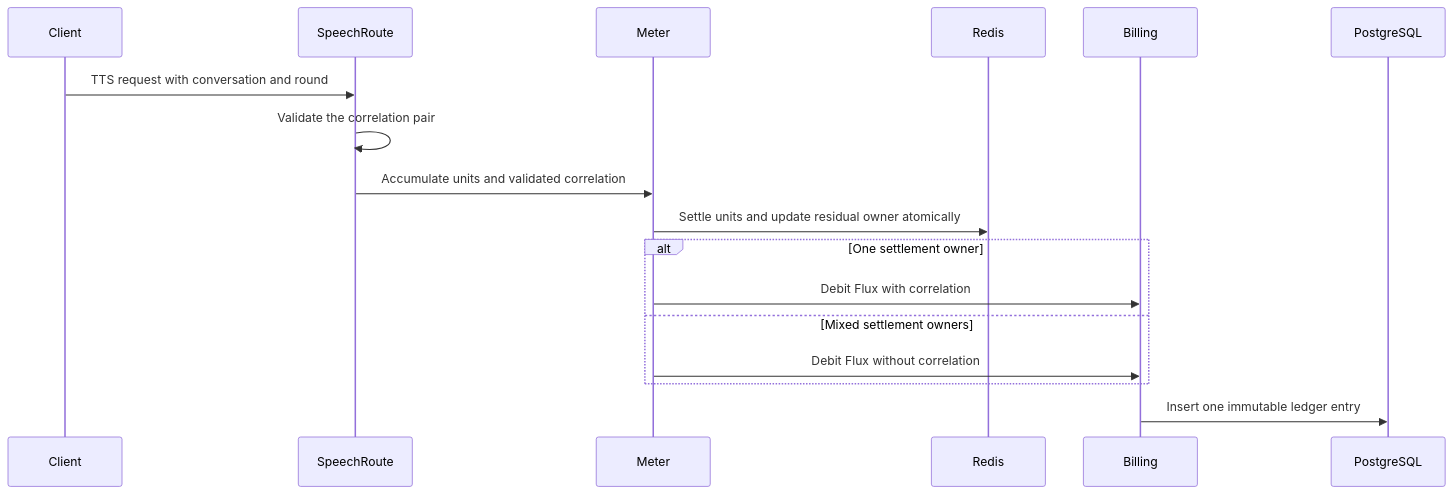
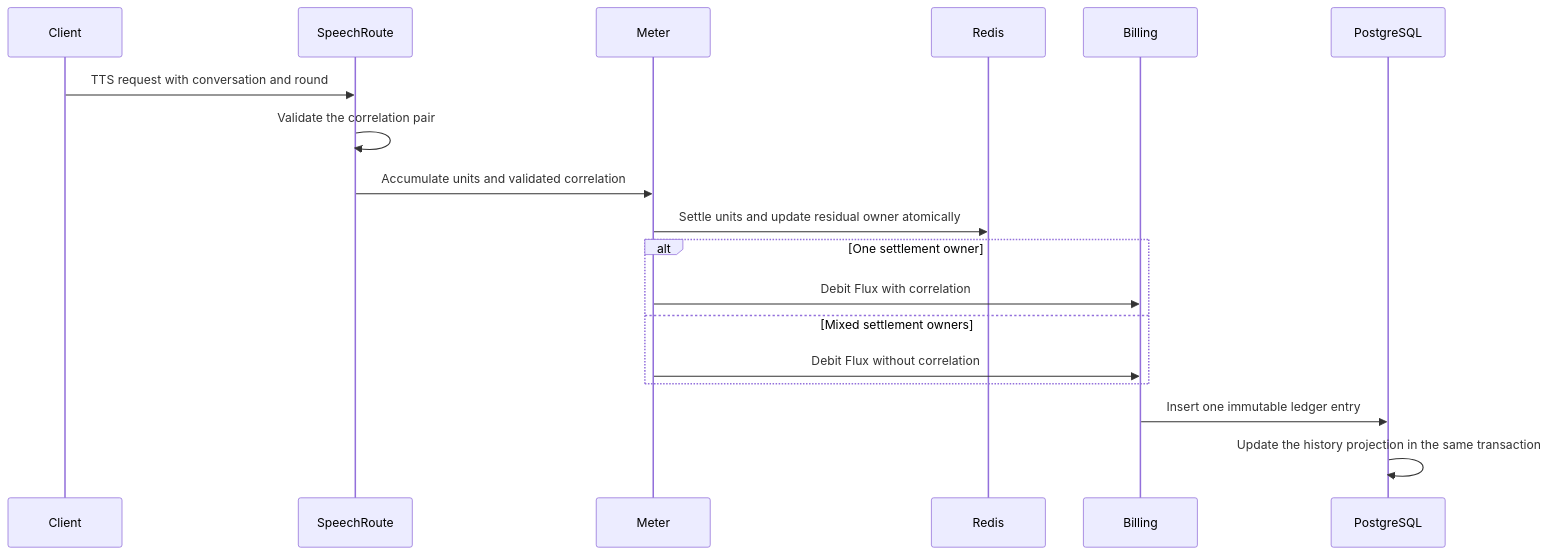
One commit to moeru-ai/airi changed the second of 3 diagrams in server/docs/ai/adr/2026-09-17-tts-flux-history-read-model.md. Above: the diagram before and after it, drawn with Mermaid. The commit also changed other lines of this file and 11 other files, not shown here.

````diff
--- a/server/docs/ai/adr/2026-09-17-tts-flux-history-read-model.md
+++ b/server/docs/ai/adr/2026-09-17-tts-flux-history-read-model.md
@@ -145,19 +165,20 @@
 ```mermaid
 sequenceDiagram
   participant Client
   participant SpeechRoute
   participant Meter
   participant Redis
   participant Billing
   participant PostgreSQL
   Client->>SpeechRoute: TTS request with conversation and round
   SpeechRoute->>SpeechRoute: Validate the correlation pair
   SpeechRoute->>Meter: Accumulate units and validated correlation
   Meter->>Redis: Settle units and update residual owner atomically
   alt One settlement owner
     Meter->>Billing: Debit Flux with correlation
   else Mixed settlement owners
     Meter->>Billing: Debit Flux without correlation
   end
   Billing->>PostgreSQL: Insert one immutable ledger entry
+  PostgreSQL->>PostgreSQL: Update the history projection in the same transaction
 ```
````
